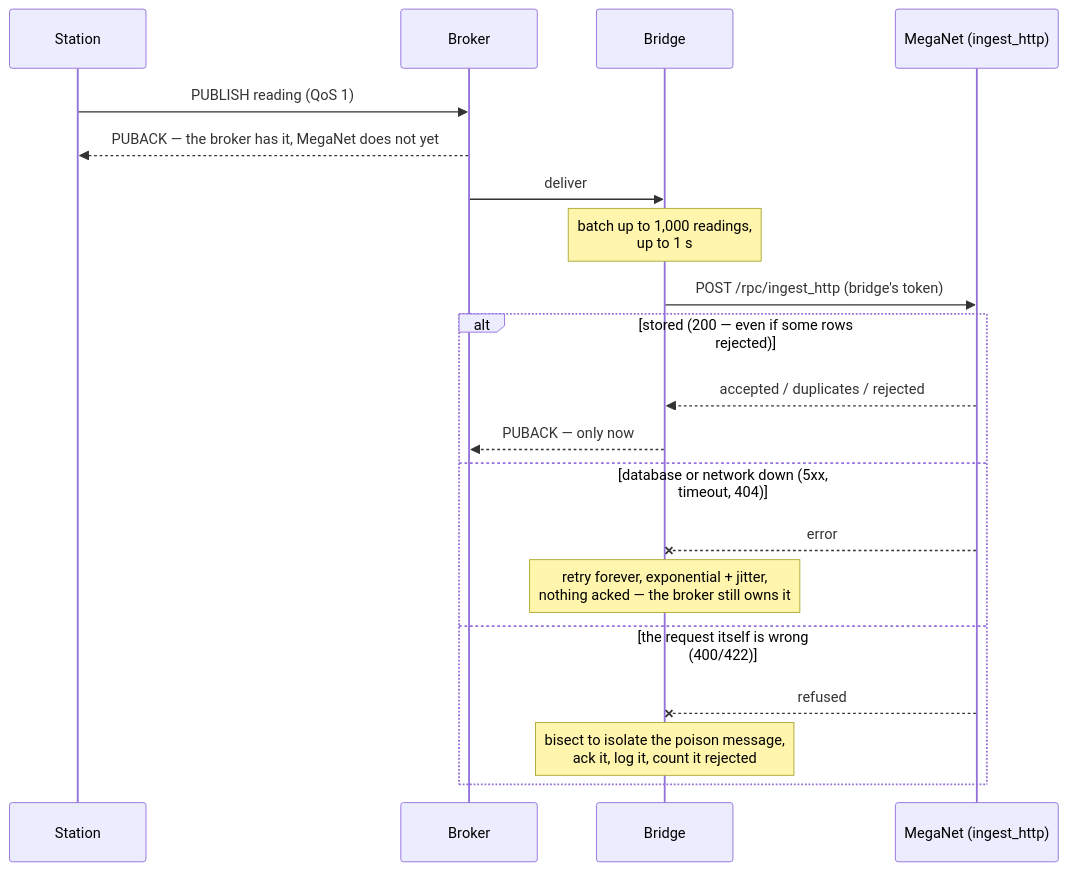
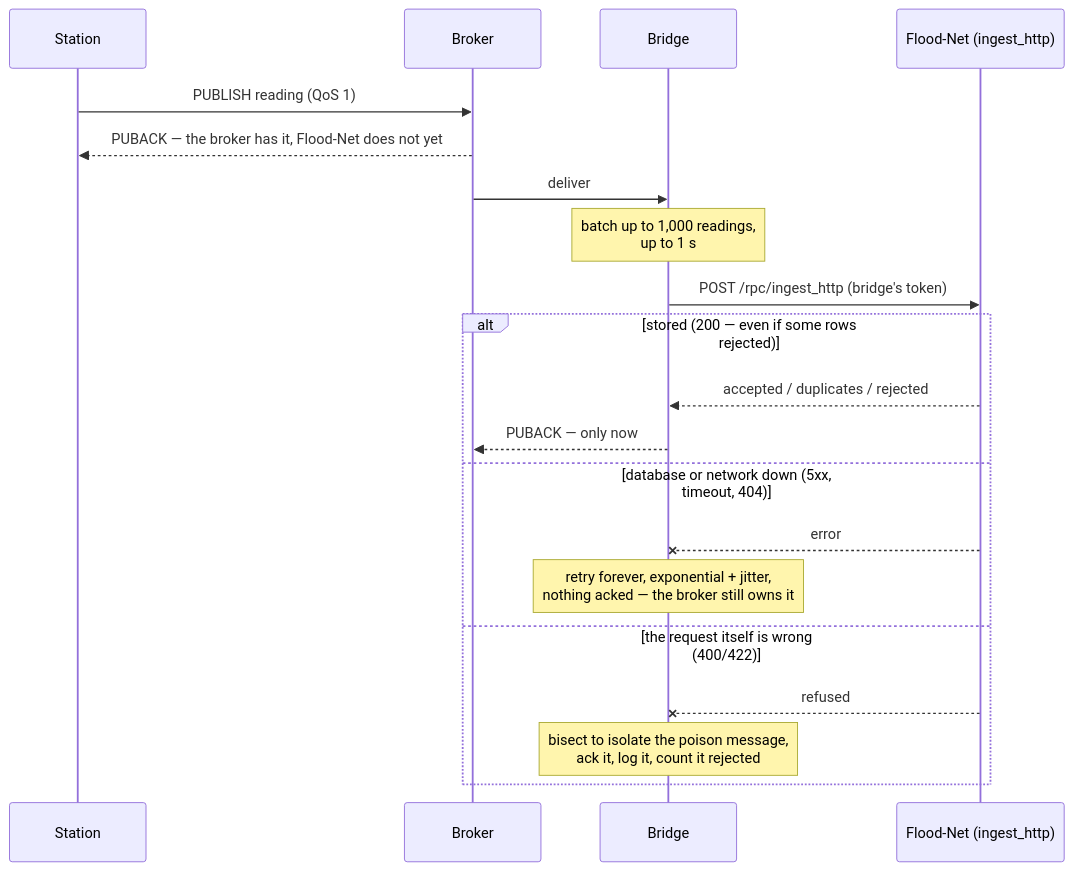
Before and after one commit to cdomotor-g/MegaNet: the first of 2 diagrams in docs/ingest-mqtt.md, drawn with Mermaid. The commit also changed other lines of this file and 105 other files, not shown here.

````diff
--- a/docs/ingest-mqtt.md
+++ b/docs/ingest-mqtt.md
@@ -186,23 +186,23 @@
 ```mermaid
 sequenceDiagram
     participant S as Station
     participant B as Broker
     participant G as Bridge
-    participant M as MegaNet (ingest_http)
+    participant M as Flood-Net (ingest_http)
 
     S->>B: PUBLISH reading (QoS 1)
-    B-->>S: PUBACK — the broker has it, MegaNet does not yet
+    B-->>S: PUBACK — the broker has it, Flood-Net does not yet
     B->>G: deliver
     Note over G: batch up to 1,000 readings,<br/>up to 1 s
     G->>M: POST /rpc/ingest_http (bridge's token)
     alt stored (200 — even if some rows rejected)
         M-->>G: accepted / duplicates / rejected
         G-->>B: PUBACK — only now
     else database or network down (5xx, timeout, 404)
         M--xG: error
         Note over G: retry forever, exponential + jitter,<br/>nothing acked — the broker still owns it
     else the request itself is wrong (400/422)
         M--xG: refused
         Note over G: bisect to isolate the poison message,<br/>ack it, log it, count it rejected
     end
 ```
````
